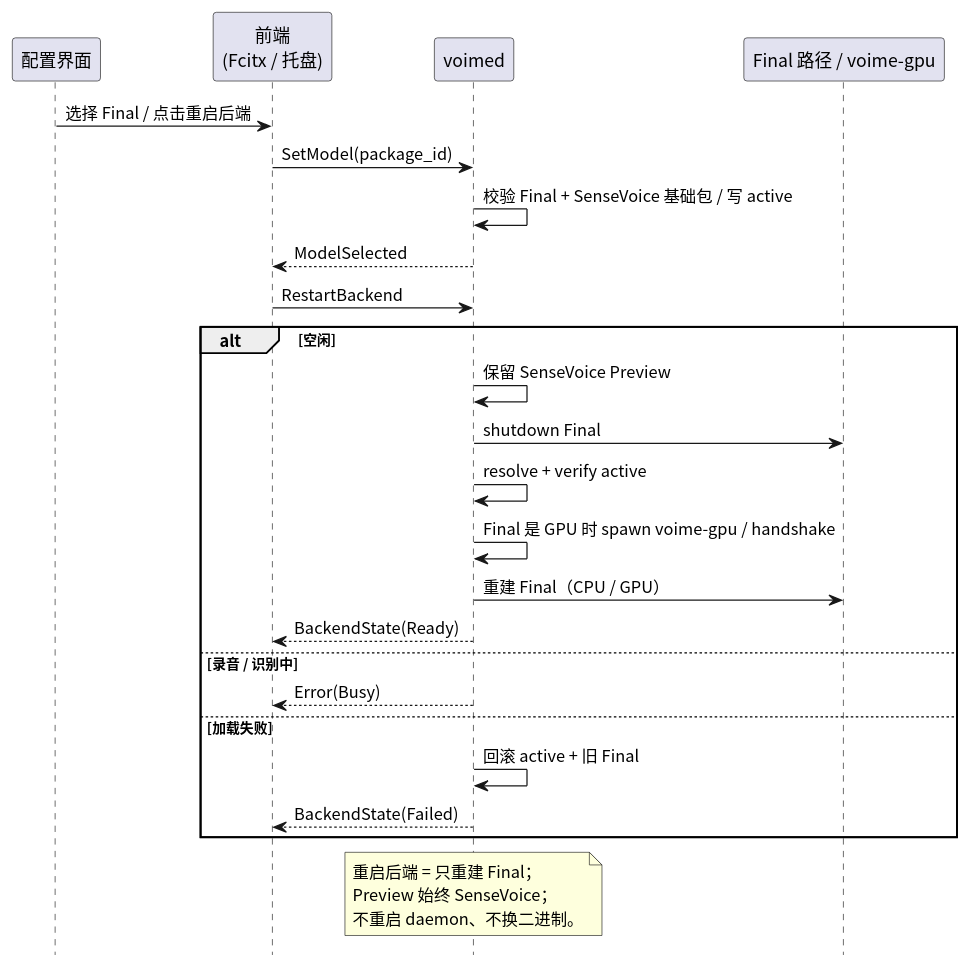
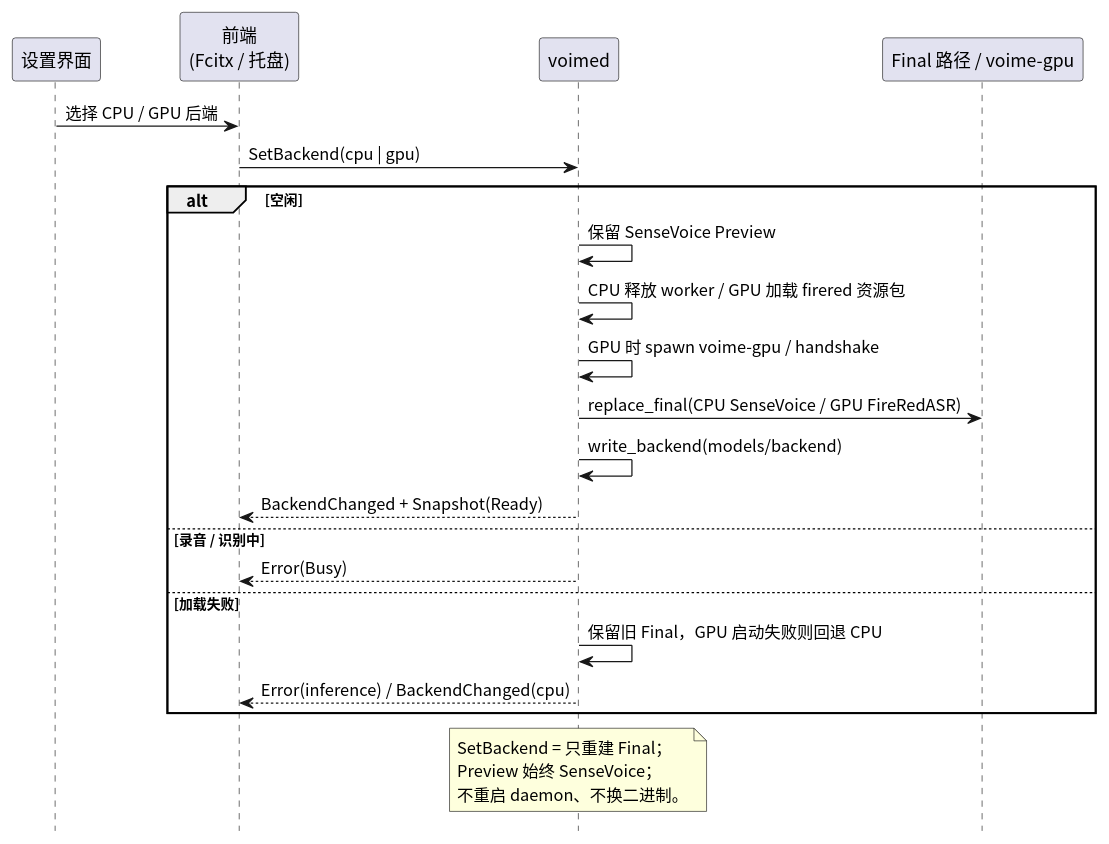
The diagram in diagram/backend-restart.puml (54m43lJ/voime), drawn with PlantUML before and after one commit. The commit also changed 127 other files, not shown here.

```diff
--- a/diagram/backend-restart.puml
+++ b/diagram/backend-restart.puml
@@ -1,34 +1,31 @@
 @startuml
 skinparam defaultFontName "Noto Sans CJK SC"
 skinparam shadowing false
 hide footbox
 
-participant "配置界面" as UI
+participant "设置界面" as UI
 participant "前端\n(Fcitx / 托盘)" as Frontend
 participant "voimed" as Daemon
 participant "Final 路径 / voime-gpu" as Pipeline
 
-UI -> Frontend : 选择 Final / 点击重启后端
-Frontend -> Daemon : SetModel(package_id)
-Daemon -> Daemon : 校验 Final + SenseVoice 基础包 / 写 active
-Daemon --> Frontend : ModelSelected
-Frontend -> Daemon : RestartBackend
+UI -> Frontend : 选择 CPU / GPU 后端
+Frontend -> Daemon : SetBackend(cpu | gpu)
 alt 空闲
   Daemon -> Daemon : 保留 SenseVoice Preview
-  Daemon -> Pipeline : shutdown Final
-  Daemon -> Daemon : resolve + verify active
-  Daemon -> Daemon : Final 是 GPU 时 spawn voime-gpu / handshake
-  Daemon -> Pipeline : 重建 Final（CPU / GPU）
-  Daemon --> Frontend : BackendState(Ready)
+  Daemon -> Daemon : CPU 释放 worker / GPU 加载 firered 资源包
+  Daemon -> Daemon : GPU 时 spawn voime-gpu / handshake
+  Daemon -> Pipeline : replace_final(CPU SenseVoice / GPU FireRedASR)
+  Daemon -> Daemon : write_backend(models/backend)
+  Daemon --> Frontend : BackendChanged + Snapshot(Ready)
 else 录音 / 识别中
   Daemon --> Frontend : Error(Busy)
 else 加载失败
-  Daemon -> Daemon : 回滚 active + 旧 Final
-  Daemon --> Frontend : BackendState(Failed)
+  Daemon -> Daemon : 保留旧 Final，GPU 启动失败则回退 CPU
+  Daemon --> Frontend : Error(inference) / BackendChanged(cpu)
 end
 note over Daemon
-  重启后端 = 只重建 Final；
+  SetBackend = 只重建 Final；
   Preview 始终 SenseVoice；
   不重启 daemon、不换二进制。
 end note
 @enduml
```
